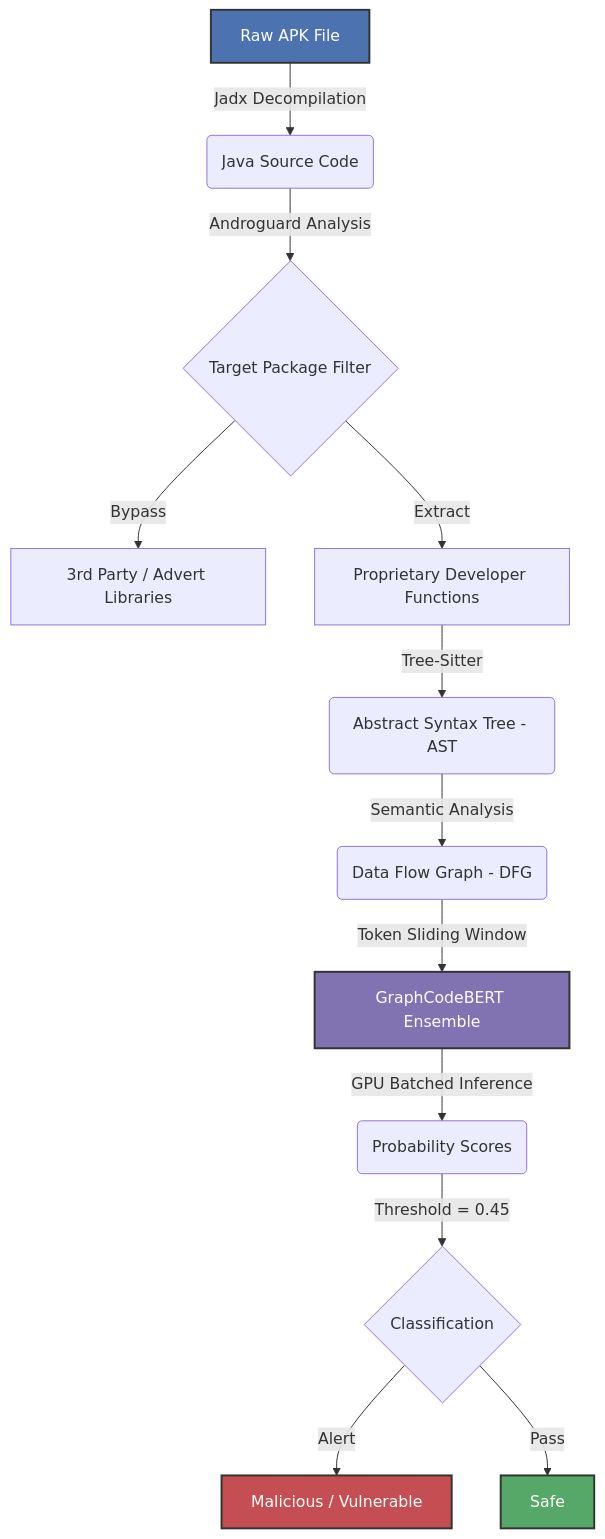
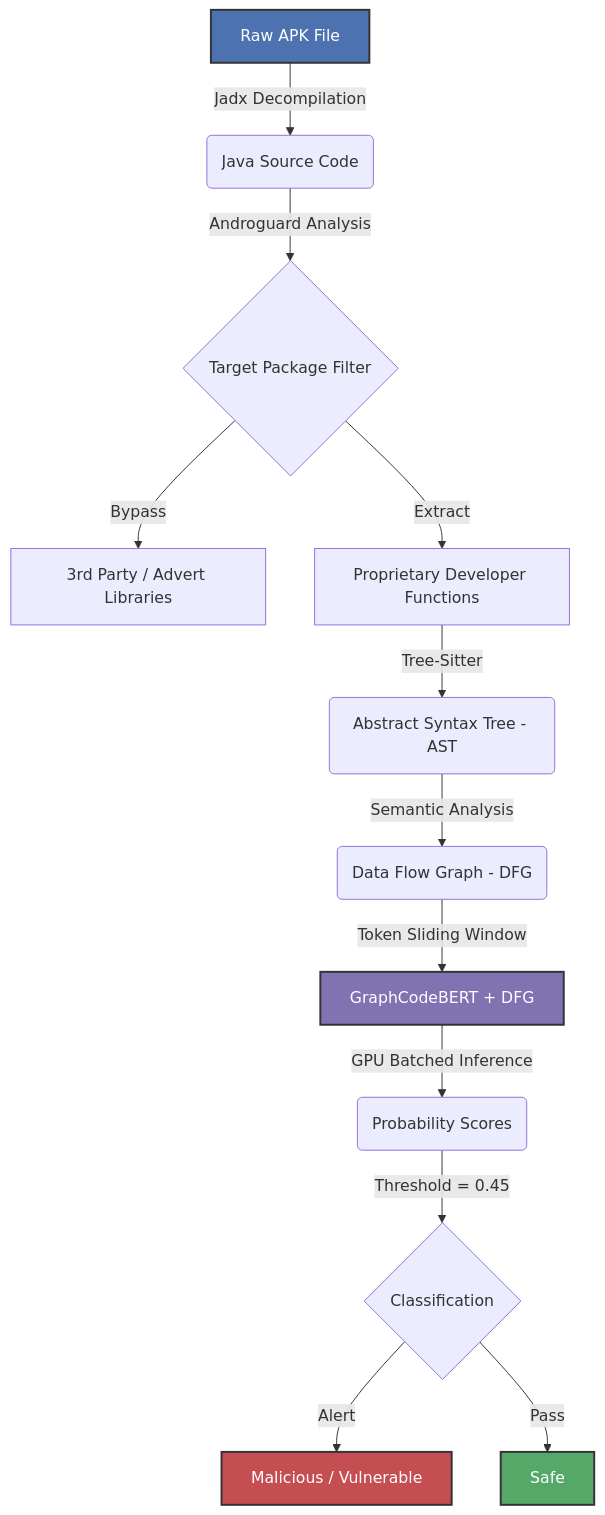
One commit to abdullah2142/Dual-Transformer-APK-Defense changed the diagram in README.md. Above: the diagram before and after it, drawn with Mermaid. The commit also changed other lines of this file and 4 other files, not shown here.

````diff
--- a/README.md
+++ b/README.md
@@ -19,19 +19,19 @@
 ```mermaid
 graph TD
     A[Raw APK File] -->|Jadx Decompilation| B(Java Source Code)
     B -->|Androguard Analysis| C{Target Package Filter}
     C -->|Bypass| D[3rd Party / Advert Libraries]
     C -->|Extract| E[Proprietary Developer Functions]
     E -->|Tree-Sitter| F(Abstract Syntax Tree - AST)
     F -->|Semantic Analysis| G(Data Flow Graph - DFG)
-    G -->|Token Sliding Window| H[GraphCodeBERT Ensemble]
+    G -->|Token Sliding Window| H[GraphCodeBERT + DFG]
     H -->|GPU Batched Inference| I(Probability Scores)
     I -->|Threshold = 0.45| J{Classification}
     J -->|Alert| K[Malicious / Vulnerable]
     J -->|Pass| L[Safe]
     
     style A fill:#4C72B0,stroke:#333,stroke-width:2px,color:#fff
     style K fill:#C44E52,stroke:#333,stroke-width:2px,color:#fff
     style L fill:#55A868,stroke:#333,stroke-width:2px,color:#fff
     style H fill:#8172B2,stroke:#333,stroke-width:2px,color:#fff
 ```
````
